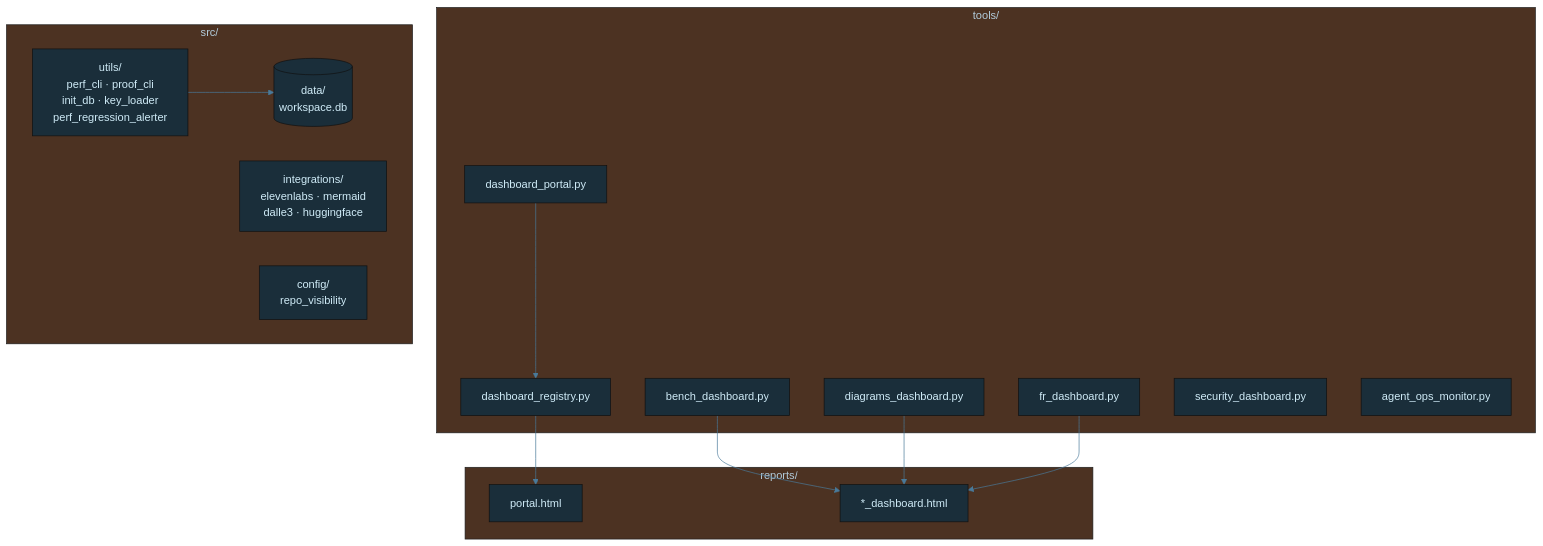
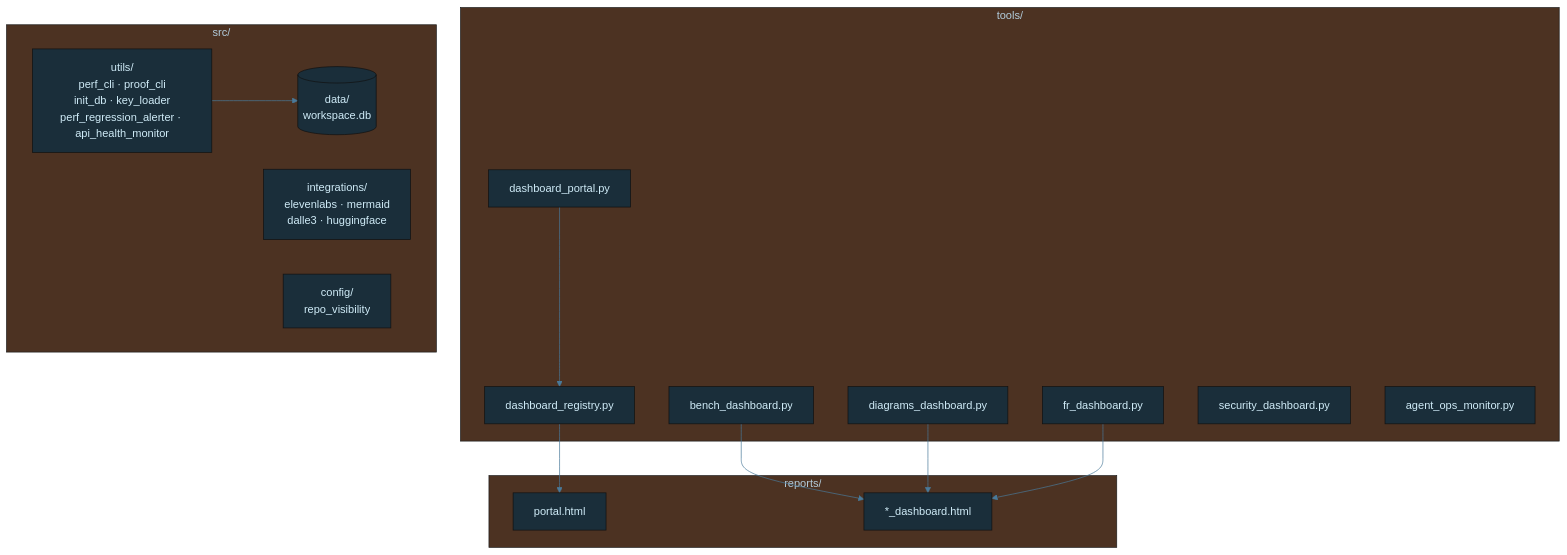
Before and after one commit to tylerdrakemusic/-Workspace: the diagram in diagrams/workspace-architecture-detail.mmd, drawn with Mermaid. The commit also changed 3 other files, not shown here.

First line of the commit message:
FR-20260525-api-health-monitor: update architecture diagrams

```diff
--- a/diagrams/workspace-architecture-detail.mmd
+++ b/diagrams/workspace-architecture-detail.mmd
@@ -1,40 +1,40 @@
 %%{init: {'theme': 'base', 'themeVariables': {'primaryColor': '#1a2e3a', 'primaryTextColor': '#d0ecf8', 'edgeLabelBackground': '#0f1318', 'lineColor': '#4a7a9a'}}}%%
 graph TB
     subgraph Tools["tools/"]
         Portal[dashboard_portal.py]
         Registry[dashboard_registry.py]
         Bench[bench_dashboard.py]
         Diagrams[diagrams_dashboard.py]
         FR[fr_dashboard.py]
         Sec[security_dashboard.py]
         Ops[agent_ops_monitor.py]
     end
     subgraph Src["src/"]
-        Utils[utils/<br/>perf_cli · proof_cli<br/>init_db · key_loader<br/>perf_regression_alerter]
+        Utils[utils/<br/>perf_cli · proof_cli<br/>init_db · key_loader<br/>perf_regression_alerter · api_health_monitor]
         Integrations[integrations/<br/>elevenlabs · mermaid<br/>dalle3 · huggingface]
         Config[config/<br/>repo_visibility]
         Data[(data/<br/>workspace.db)]
     end
     subgraph Reports["reports/"]
         PortalHtml[portal.html]
         Dashes[*_dashboard.html]
     end
     Portal --> Registry
     Registry --> PortalHtml
     Bench --> Dashes
     Diagrams --> Dashes
     FR --> Dashes
     Utils --> Data
     class Tools tool
     class Src src
     class Reports out
 
 classDef life     fill:#1a2e3a,stroke:#6ab4d4,color:#d0ecf8
 classDef music    fill:#3a1a24,stroke:#d47a8f,color:#f8d0dc
 classDef quantum  fill:#251a3a,stroke:#a07adf,color:#e8d0f8
 classDef manifest fill:#3a2e1a,stroke:#d4a96a,color:#f8ead0
 classDef ws       fill:#1a3a30,stroke:#6ad4b4,color:#d0f8ee
 classDef tyler    fill:#2a1a3a,stroke:#9e4aff,color:#fff
 classDef ext      fill:#3a2020,stroke:#ff7a7a,color:#ffd0d0
 classDef db       fill:#3a3010,stroke:#d4c050,color:#f8f0c0
 classDef state    fill:#1a1a1a,stroke:#888888,color:#cccccc
```
